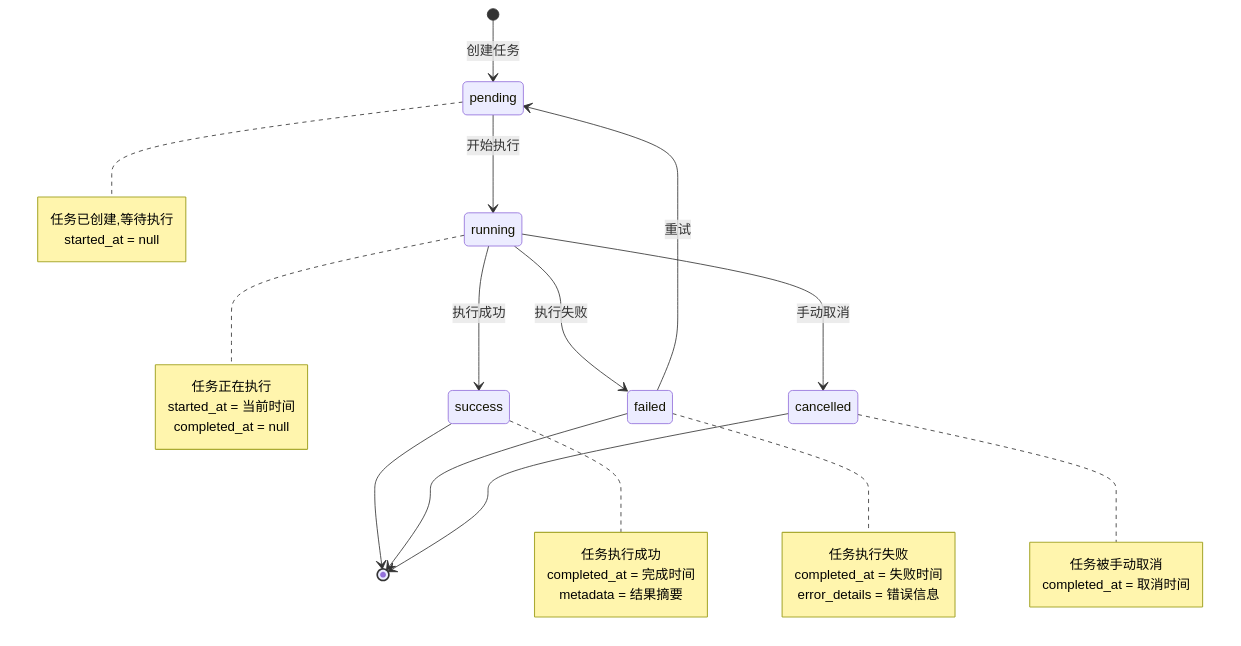
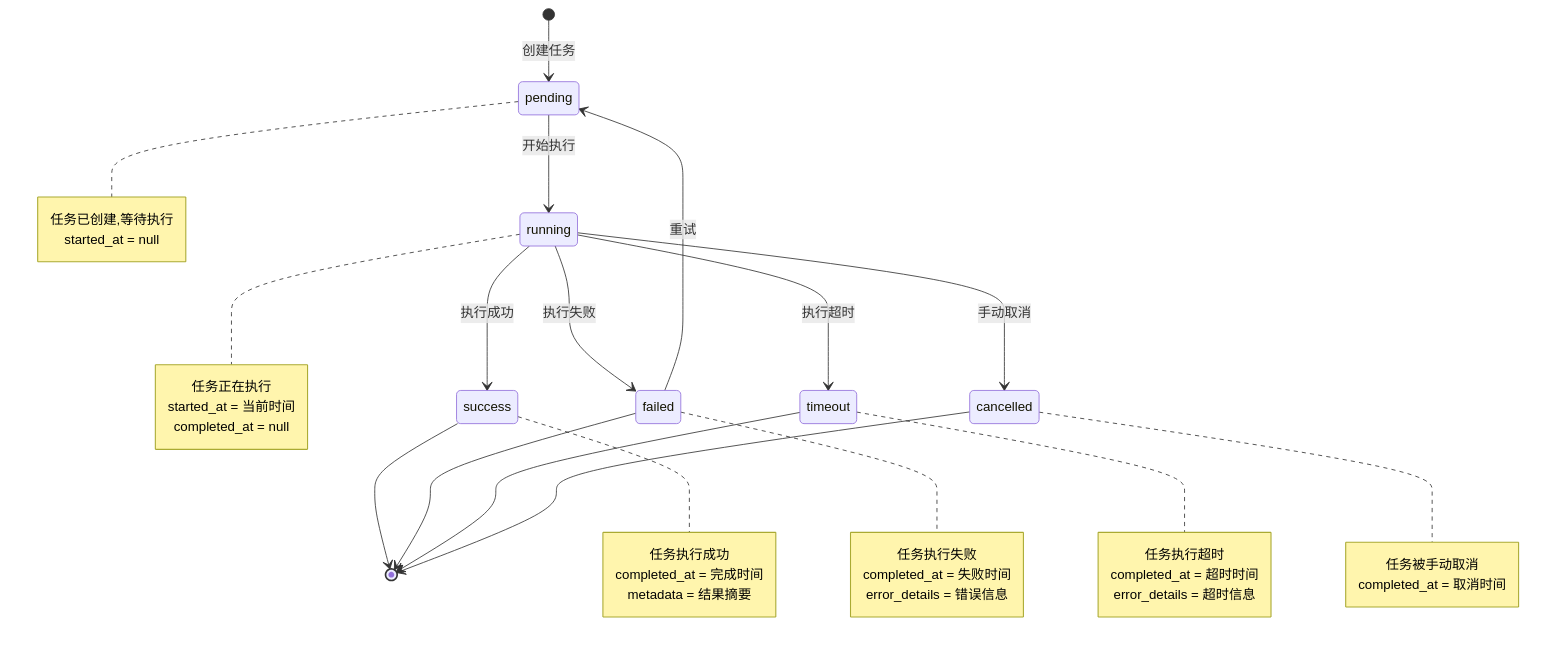
The second of 3 diagrams in docs/concepts/addp监控与执行体系图.md (pampa0629/addp), drawn with Mermaid before and after one commit. The commit also changed other lines of this file and 63 other files, not shown here.

````diff
--- a/docs/concepts/addp监控与执行体系图.md
+++ b/docs/concepts/addp监控与执行体系图.md
@@ -91,41 +95,49 @@
 ```mermaid
 stateDiagram-v2
     [*] --> pending: 创建任务
     pending --> running: 开始执行
     running --> success: 执行成功
     running --> failed: 执行失败
+    running --> timeout: 执行超时
     running --> cancelled: 手动取消
 
     success --> [*]
     failed --> pending: 重试
     failed --> [*]
+    timeout --> [*]
     cancelled --> [*]
 
     note right of pending
         任务已创建,等待执行
         started_at = null
     end note
 
     note right of running
         任务正在执行
         started_at = 当前时间
         completed_at = null
     end note
 
     note right of success
         任务执行成功
         completed_at = 完成时间
         metadata = 结果摘要
     end note
 
     note right of failed
         任务执行失败
         completed_at = 失败时间
         error_details = 错误信息
     end note
 
+    note right of timeout
+        任务执行超时
+        completed_at = 超时时间
+        error_details = 超时信息
+    end note
+
     note right of cancelled
         任务被手动取消
         completed_at = 取消时间
     end note
 ```
````
